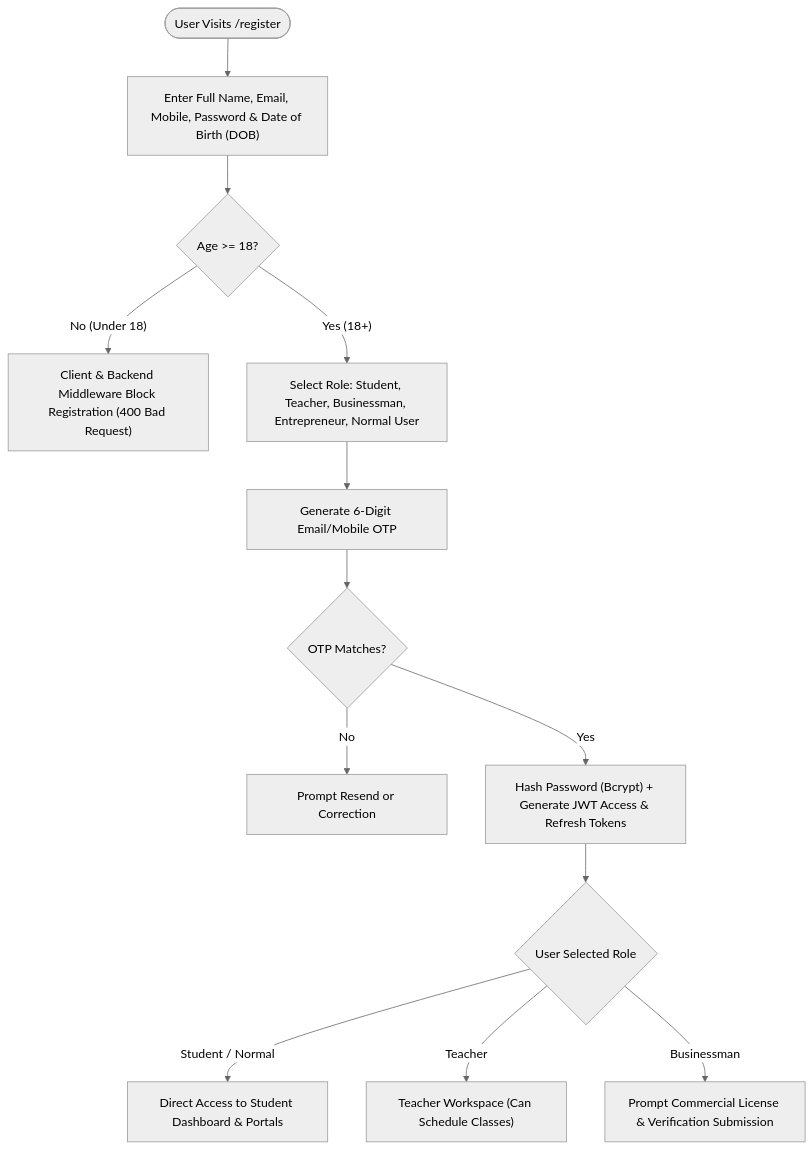
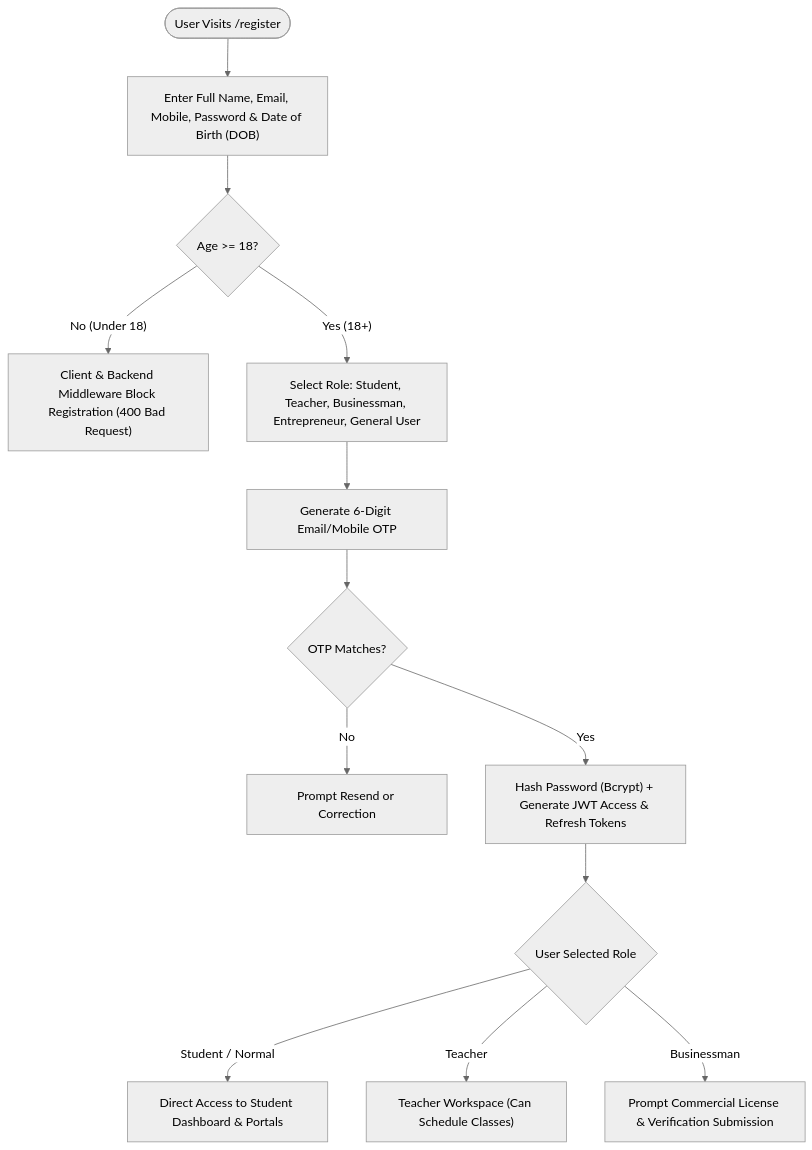
One commit to FICproject/Business_hub_2 changed the first of 6 diagrams in docs/WORKFLOW_AND_CONCEPTS.md. Above: the diagram before and after it, drawn with Mermaid (neutral theme). The commit also changed other lines of this file and 10 other files, not shown here.

Commit message:
refactor(roles): rename 'Normal User' to 'General User' across user and admin portals

````diff
--- a/docs/WORKFLOW_AND_CONCEPTS.md
+++ b/docs/WORKFLOW_AND_CONCEPTS.md
@@ -64,15 +64,15 @@
 ```mermaid
 flowchart TD
     Start([User Visits /register]) --> FillForm["Enter Full Name, Email, Mobile, Password & Date of Birth (DOB)"]
     FillForm --> AgeCheck{"Age >= 18?"}
     AgeCheck -- "No (Under 18)" --> Reject["Client & Backend Middleware Block Registration (400 Bad Request)"]
-    AgeCheck -- "Yes (18+)" --> ChooseRole["Select Role: Student, Teacher, Businessman, Entrepreneur, Normal User"]
+    AgeCheck -- "Yes (18+)" --> ChooseRole["Select Role: Student, Teacher, Businessman, Entrepreneur, General User"]
     ChooseRole --> OTP["Generate 6-Digit Email/Mobile OTP"]
     OTP --> VerifyOTP{"OTP Matches?"}
     VerifyOTP -- "No" --> RetryOTP["Prompt Resend or Correction"]
     VerifyOTP -- "Yes" --> CreateJWT["Hash Password (Bcrypt) + Generate JWT Access & Refresh Tokens"]
     CreateJWT --> RedirectRoute{"User Selected Role"}
     RedirectRoute -- "Student / Normal" --> StudentDash["Direct Access to Student Dashboard & Portals"]
     RedirectRoute -- "Teacher" --> TeacherDash["Teacher Workspace (Can Schedule Classes)"]
     RedirectRoute -- "Businessman" --> BusinessDocs["Prompt Commercial License & Verification Submission"]
 ```
````
